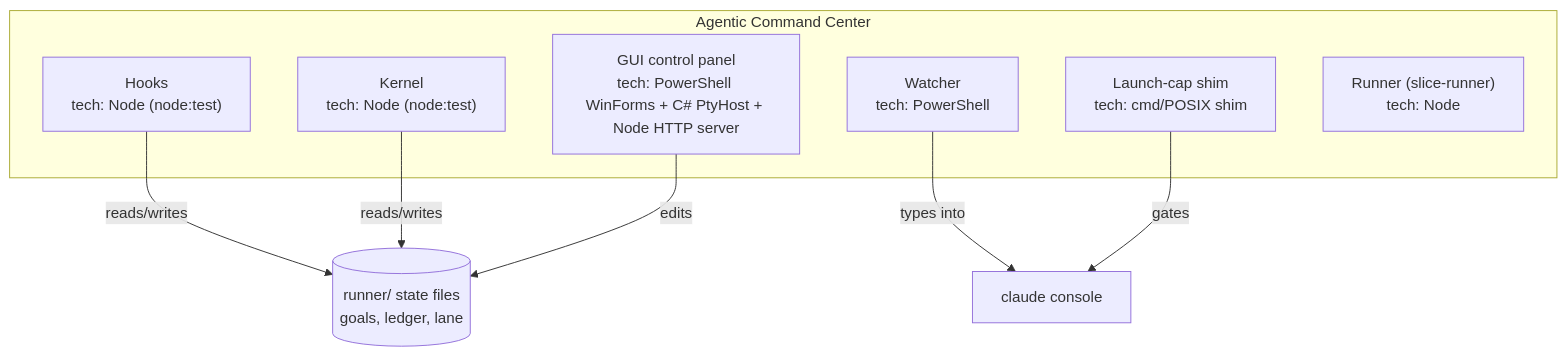
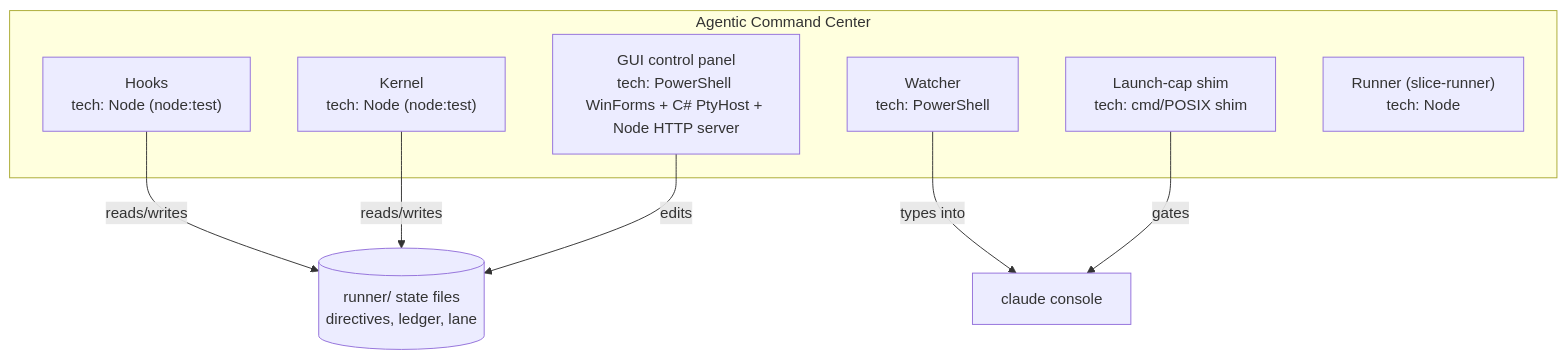
Before and after one commit to kgsmith19/agentic-command-center: the second of 2 diagrams in docs/SYSTEM-REQUIREMENTS.md, drawn with Mermaid. The commit also changed other lines of this file and 26 other files, not shown here.

````diff
--- a/docs/SYSTEM-REQUIREMENTS.md
+++ b/docs/SYSTEM-REQUIREMENTS.md
@@ -41,16 +41,16 @@
 ```mermaid
 graph TB
     subgraph "Agentic Command Center"
         HOOKS["Hooks<br/>tech: Node (node:test)"]
         KERNEL["Kernel<br/>tech: Node (node:test)"]
         GUI["GUI control panel<br/>tech: PowerShell WinForms + C# PtyHost + Node HTTP server"]
         WATCHER["Watcher<br/>tech: PowerShell"]
         SHIM["Launch-cap shim<br/>tech: cmd/POSIX shim"]
         RUNNER["Runner (slice-runner)<br/>tech: Node"]
     end
-    HOOKS -->|"reads/writes"| STATE[("runner/ state files<br/>goals, ledger, lane")]
+    HOOKS -->|"reads/writes"| STATE[("runner/ state files<br/>directives, ledger, lane")]
     KERNEL -->|"reads/writes"| STATE
     GUI -->|"edits"| STATE
     WATCHER -->|"types into"| CLI2["claude console"]
     SHIM -->|"gates"| CLI2
 ```
````
